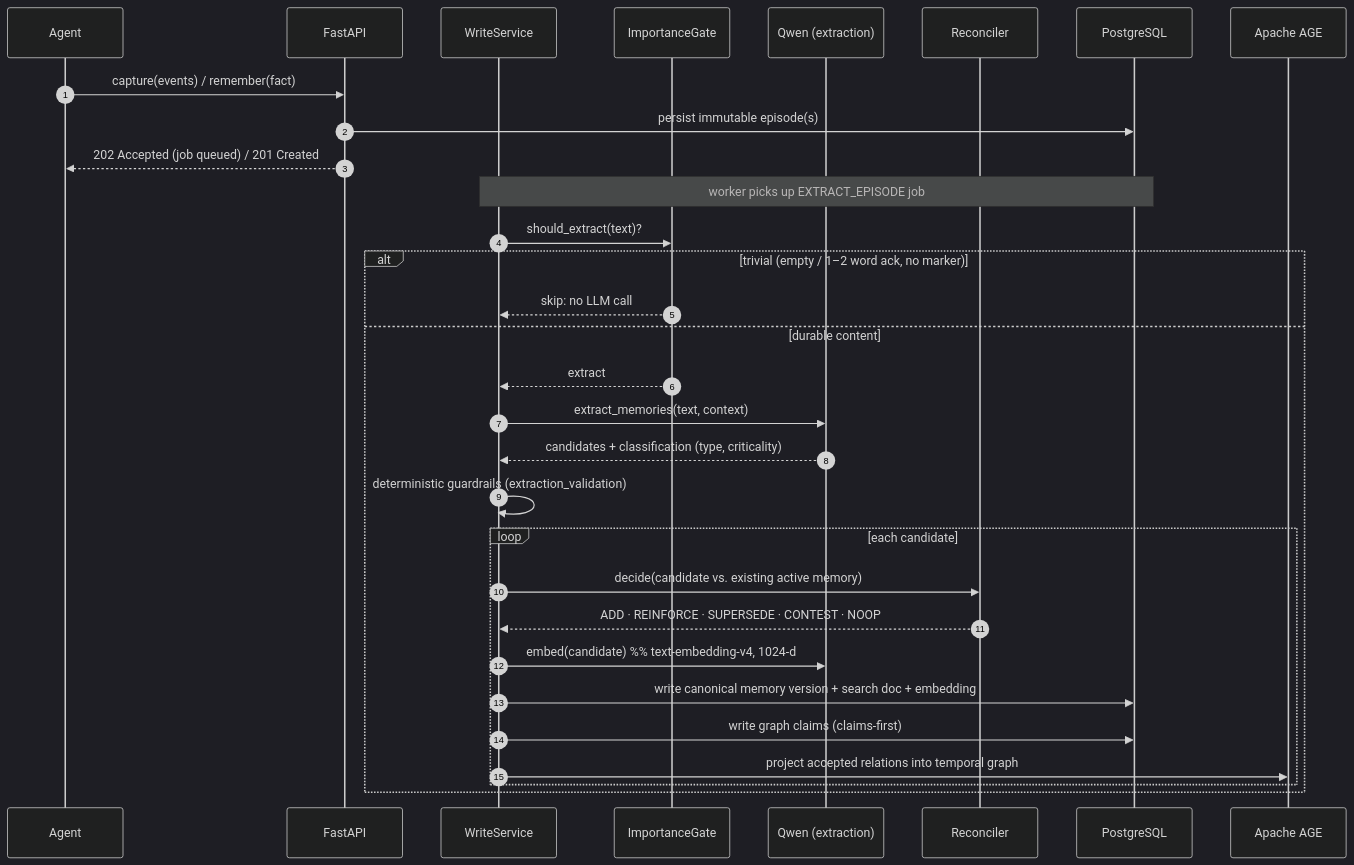
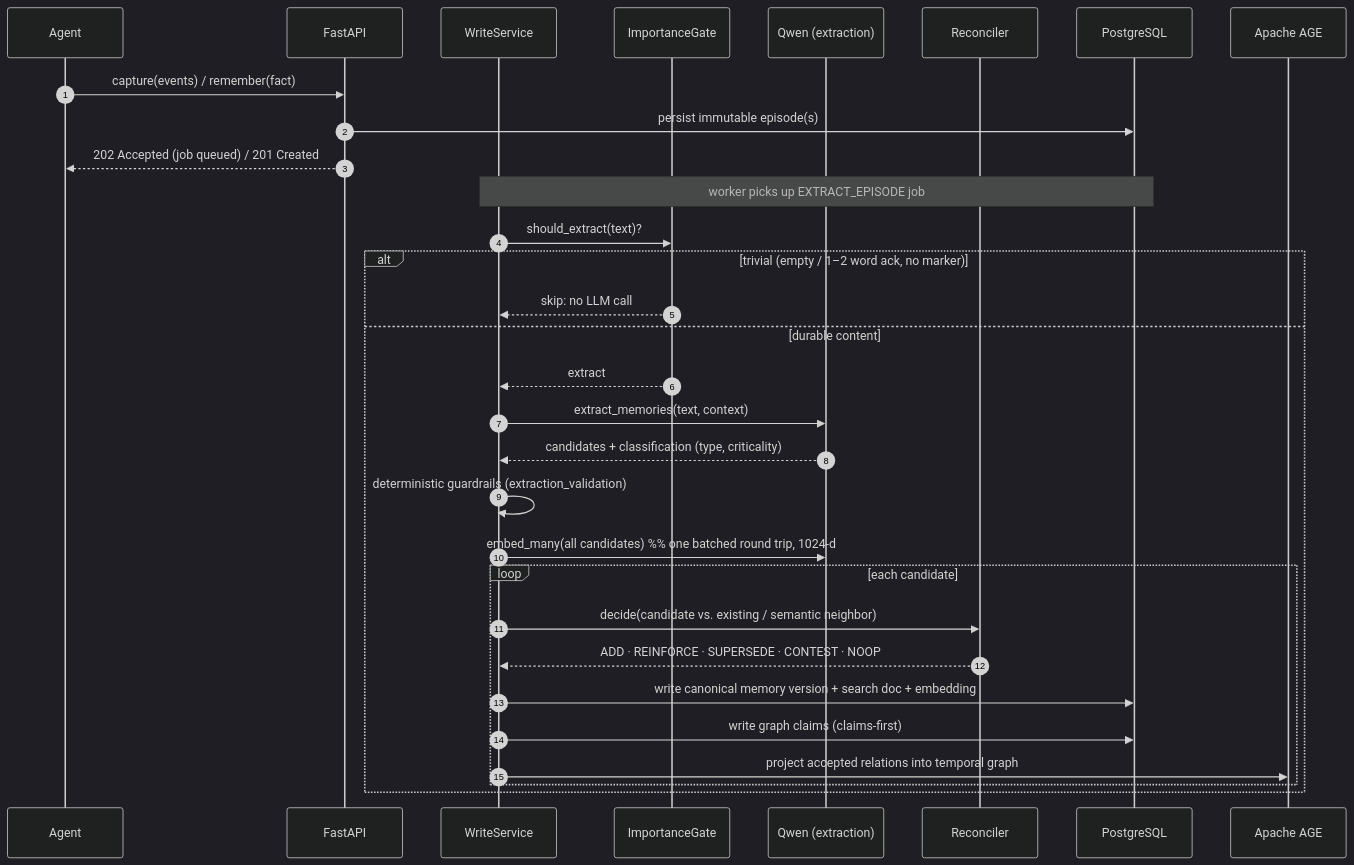
Before and after one commit to Meriem-BM/memrise: the first of 4 diagrams in README.md, drawn with Mermaid (dark theme). The commit also changed other lines of this file, not shown here.

First line of the commit message:
docs: update README for bounded/concurrent retrieval, dedup tiers, and batched embeddings

````diff
--- a/README.md
+++ b/README.md
@@ -73,35 +75,35 @@
 ```mermaid
 sequenceDiagram
   autonumber
   participant A as Agent
   participant API as FastAPI
   participant W as WriteService
   participant G as ImportanceGate
   participant Q as Qwen (extraction)
   participant R as Reconciler
   participant DB as PostgreSQL
   participant AGE as Apache AGE
 
   A->>API: capture(events) / remember(fact)
   API->>DB: persist immutable episode(s)
   API-->>A: 202 Accepted (job queued) / 201 Created
 
   Note over W,DB: worker picks up EXTRACT_EPISODE job
   W->>G: should_extract(text)?
   alt trivial (empty / 1–2 word ack, no marker)
     G-->>W: skip: no LLM call
   else durable content
     G-->>W: extract
     W->>Q: extract_memories(text, context)
     Q-->>W: candidates + classification (type, criticality)
     W->>W: deterministic guardrails (extraction_validation)
+    W->>Q: embed_many(all candidates)  %% one batched round trip, 1024-d
     loop each candidate
-      W->>R: decide(candidate vs. existing active memory)
+      W->>R: decide(candidate vs. existing / semantic neighbor)
       R-->>W: ADD · REINFORCE · SUPERSEDE · CONTEST · NOOP
-      W->>Q: embed(candidate)  %% text-embedding-v4, 1024-d
       W->>DB: write canonical memory version + search doc + embedding
       W->>DB: write graph claims (claims-first)
       W->>AGE: project accepted relations into temporal graph
     end
   end
 ```
````
